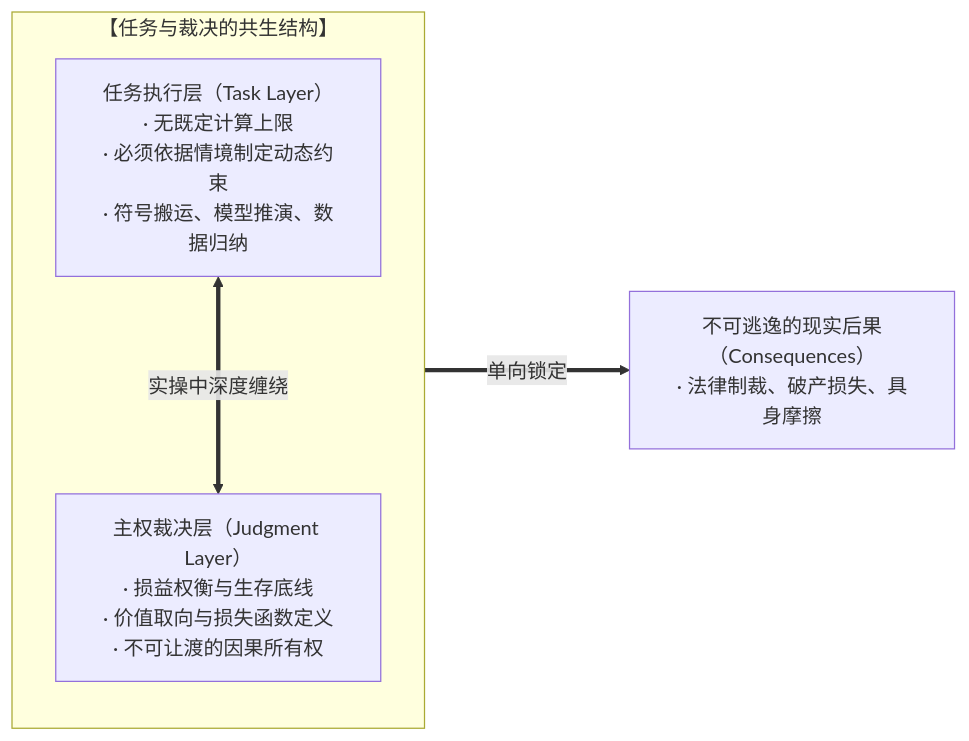
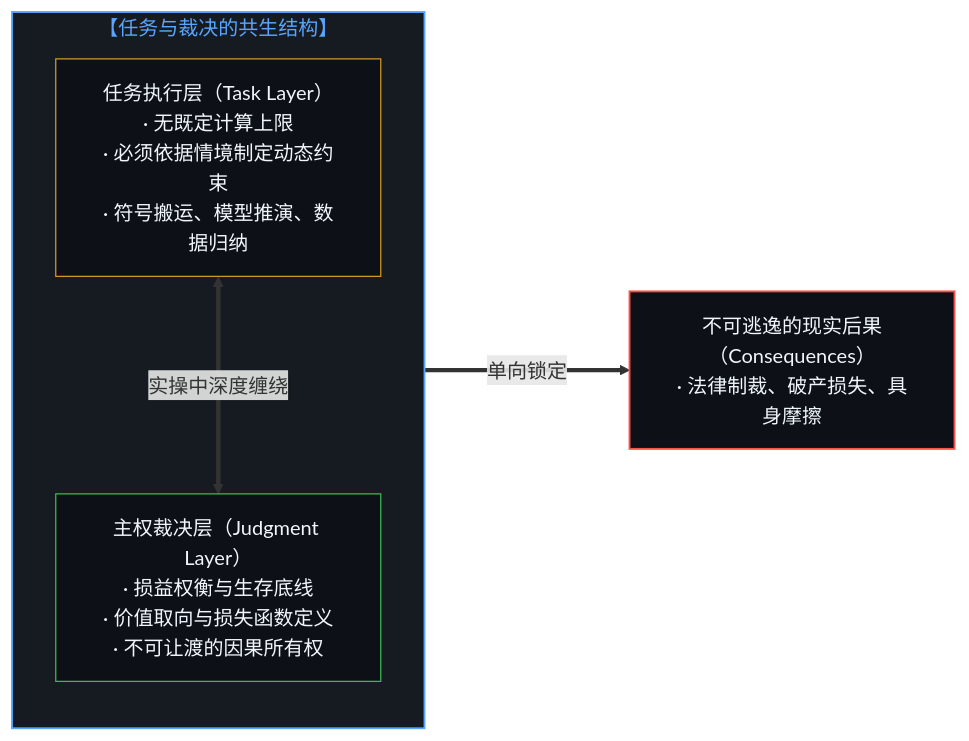
One commit to powerpig99/not-a-toe changed the third of 12 diagrams in content/posts/the-delegation-of-the-task-and-the-inalienability-of-consequences.md. Above: the diagram before and after it, drawn with Mermaid. The commit also changed other lines of this file and 4 other files, not shown here.

Commit message:
Align Post 328 diagrams with historical dark theme, purge physical will inversion, and archive specifications

````diff
--- a/content/posts/the-delegation-of-the-task-and-the-inalienability-of-consequences.md
+++ b/content/posts/the-delegation-of-the-task-and-the-inalienability-of-consequences.md
@@ -65,10 +83,15 @@
 ```mermaid
 graph LR
     subgraph Delegation_Reality["【任务与裁决的共生结构】"]
         direction TB
         T["任务执行层（Task Layer）<br/>· 无既定计算上限<br/>· 必须依据情境制定动态约束<br/>· 符号搬运、模型推演、数据归纳"]
         J["主权裁决层（Judgment Layer）<br/>· 损益权衡与生存底线<br/>· 价值取向与损失函数定义<br/>· 不可让渡的因果所有权"]
         T <===>|"实操中深度缠绕"| J
     end
     J ===>|"单向锁定"| R["不可逃逸的现实后果（Consequences）<br/>· 法律制裁、破产损失、具身摩擦"]
+
+    style Delegation_Reality fill:#161b22,stroke:#58a6ff,stroke-width:1.5px,color:#58a6ff
+    style T fill:#0d1117,stroke:#d29922,stroke-width:1px,color:#f0f6fc
+    style J fill:#0d1117,stroke:#3fb950,stroke-width:1px,color:#f0f6fc
+    style R fill:#0d1117,stroke:#f85149,stroke-width:1.5px,color:#f0f6fc
 ```
````
